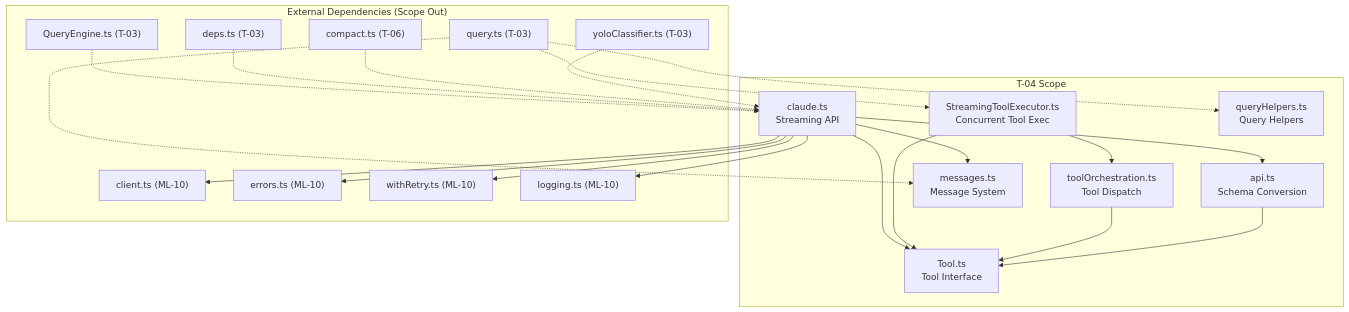
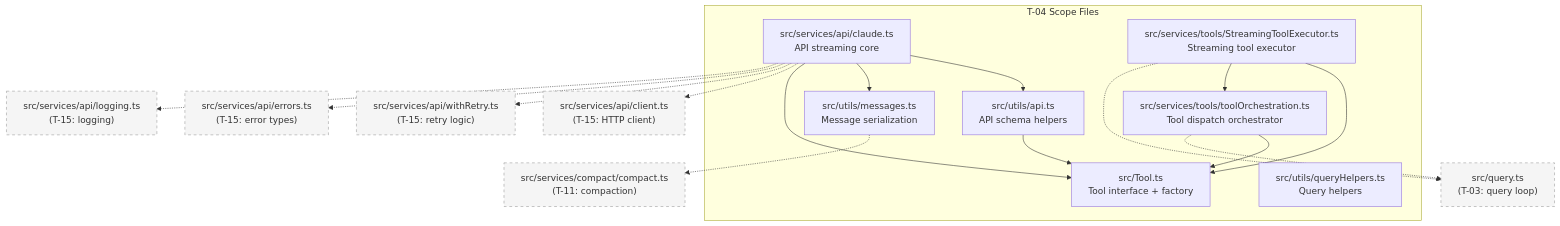
One commit to LiuYuuChen/clawcode_analysis changed the first of 8 diagrams in branches/main/task-analyses/T-04-query-api-messages.md. Above: the diagram before and after it, drawn with Mermaid. The commit also changed other lines of this file and 137 other files, not shown here.

````diff
--- a/branches/main/task-analyses/T-04-query-api-messages.md
+++ b/branches/main/task-analyses/T-04-query-api-messages.md
@@ -144,47 +95,32 @@
 ```mermaid
-graph TD
-    subgraph "T-04 Scope"
-        CLAUDE["claude.ts<br/>Streaming API"]
-        STE["StreamingToolExecutor.ts<br/>Concurrent Tool Exec"]
-        TO["toolOrchestration.ts<br/>Tool Dispatch"]
-        TOOL["Tool.ts<br/>Tool Interface"]
-        API["api.ts<br/>Schema Conversion"]
-        QH["queryHelpers.ts<br/>Query Helpers"]
-        MSG["messages.ts<br/>Message System"]
+flowchart TB
+    subgraph Scope["T-04 Scope Files"]
+        Tool["src/Tool.ts<br/>Tool interface + factory"]
+        Claude["src/services/api/claude.ts<br/>API streaming core"]
+        STE["src/services/tools/StreamingToolExecutor.ts<br/>Streaming tool executor"]
+        Orch["src/services/tools/toolOrchestration.ts<br/>Tool dispatch orchestrator"]
+        Api["src/utils/api.ts<br/>API schema helpers"]
+        Msg["src/utils/messages.ts<br/>Message serialization"]
+        QH["src/utils/queryHelpers.ts<br/>Query helpers"]
     end
 
-    subgraph "External Dependencies (Scope Out)"
-        CLIENT["client.ts (ML-10)"]
-        ERRORS["errors.ts (ML-10)"]
-        RETRY["withRetry.ts (ML-10)"]
-        LOGGING["logging.ts (ML-10)"]
-        QE["QueryEngine.ts (T-03)"]
-        QUERY["query.ts (T-03)"]
-        COMPACT["compact.ts (T-06)"]
-        DEPS["deps.ts (T-03)"]
-        YOLO["yoloClassifier.ts (T-03)"]
-    end
+    %% Internal dependencies
+    Claude --> Api
+    Claude --> Msg
+    Claude --> Tool
+    STE --> Tool
+    STE --> Orch
+    Orch --> Tool
+    Api --> Tool
 
-    CLAUDE --> CLIENT
-    CLAUDE --> ERRORS
-    CLAUDE --> RETRY
-    CLAUDE --> LOGGING
-    CLAUDE --> MSG
-    CLAUDE --> API
-    CLAUDE --> TOOL
+    %% External dependencies (dashed)
+    Claude -.-> Client["src/services/api/client.ts<br/>(T-15: HTTP client)"]:::external
+    Claude -.-> Retry["src/services/api/withRetry.ts<br/>(T-15: retry logic)"]:::external
+    Claude -.-> Errors["src/services/api/errors.ts<br/>(T-15: error types)"]:::external
+    Claude -.-> Logging["src/services/api/logging.ts<br/>(T-15: logging)"]:::external
+    Msg -.-> Compact["src/services/compact/compact.ts<br/>(T-11: compaction)"]:::external
+    STE -.-> Query["src/query.ts<br/>(T-03: query loop)"]:::external
+    Orch -.-> Query:::external
 
-    STE --> TOOL
-    STE --> TO
-
-    TO --> TOOL
-
-    API --> TOOL
-
-    QE -.-> CLAUDE
-    DEPS -.-> CLAUDE
-    COMPACT -.-> CLAUDE
-    YOLO -.-> CLAUDE
-    QUERY -.-> STE
-    QUERY -.-> QH
-    QUERY -.-> MSG
+    classDef external fill:#f5f5f5,stroke:#999,stroke-dasharray: 5 5
 ```
````
